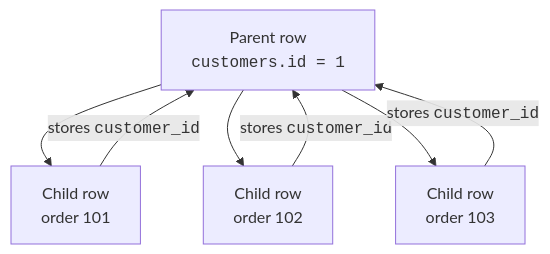
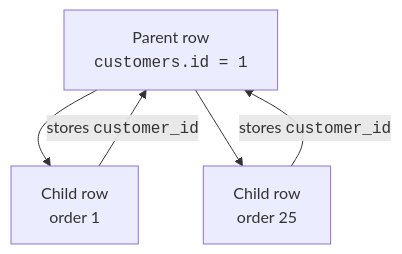
One commit to dataslope/dataslope changed the fourth of 4 diagrams in content/courses/database-design-postgresql/one-to-many.mdx. Above: the diagram before and after it, drawn with Mermaid. The commit also changed other lines of this file and 1380 other files, not shown here.

````diff
--- a/content/courses/database-design-postgresql/one-to-many.mdx
+++ b/content/courses/database-design-postgresql/one-to-many.mdx
@@ -219,9 +217,7 @@
 ```mermaid
 flowchart TD
-    Parent["Parent row<br/><code>customers.id = 1</code>"] --> ChildA["Child row<br/>order 101"]
-    Parent --> ChildB["Child row<br/>order 102"]
-    Parent --> ChildC["Child row<br/>order 103"]
+    Parent["Parent row<br/><code>customers.id = 1</code>"] --> ChildA["Child row<br/>order 1"]
+    Parent --> ChildB["Child row<br/>order 25"]
     ChildA -->|"stores <code>customer_id</code>"| Parent
     ChildB -->|"stores <code>customer_id</code>"| Parent
-    ChildC -->|"stores <code>customer_id</code>"| Parent
 ```
````
